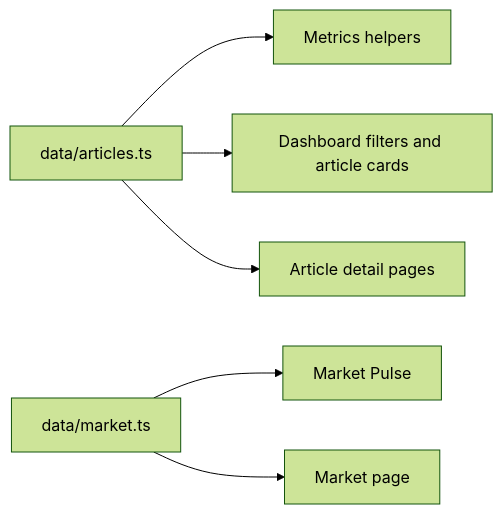
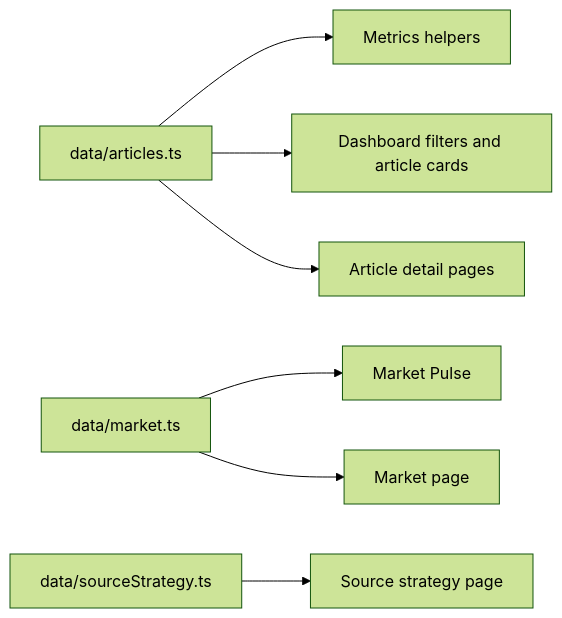
One commit to ethankim417/LoreEngine changed the first of 2 diagrams in docs/ARCHITECTURE.md. Above: the diagram before and after it, drawn with Mermaid (forest theme). The commit also changed other lines of this file and 8 other files, not shown here.

Commit message:
Add weekly source strategy page

````diff
--- a/docs/ARCHITECTURE.md
+++ b/docs/ARCHITECTURE.md
@@ -45,8 +46,9 @@
 ```mermaid
 flowchart LR
   A["data/articles.ts"] --> B["Metrics helpers"]
   A --> C["Dashboard filters and article cards"]
   A --> D["Article detail pages"]
   E["data/market.ts"] --> F["Market Pulse"]
   E --> G["Market page"]
+  H["data/sourceStrategy.ts"] --> I["Source strategy page"]
 ```
````
